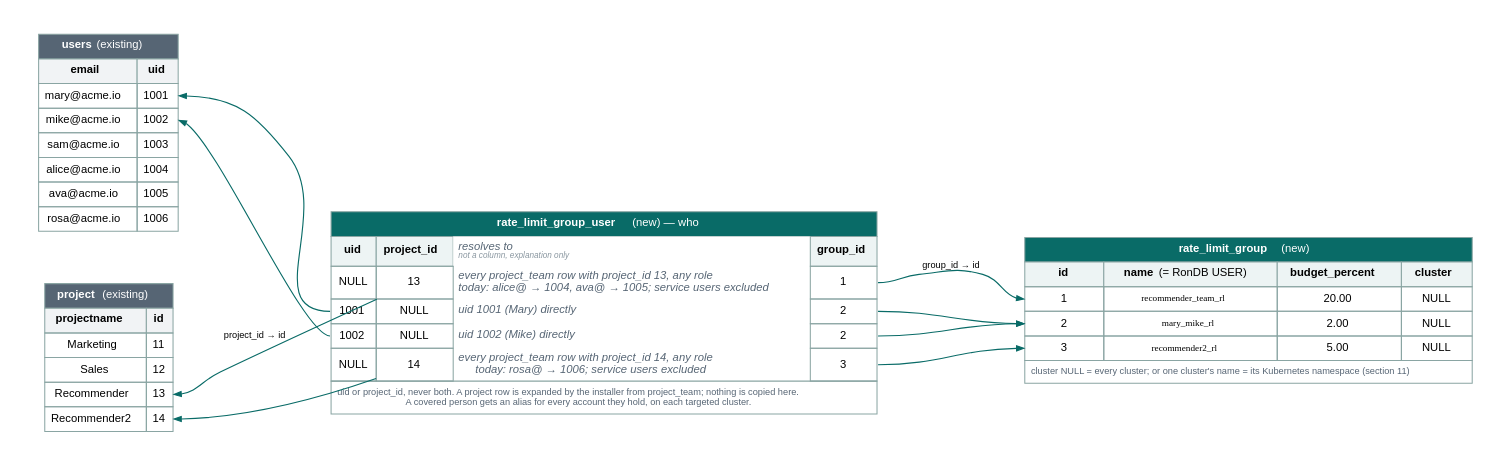
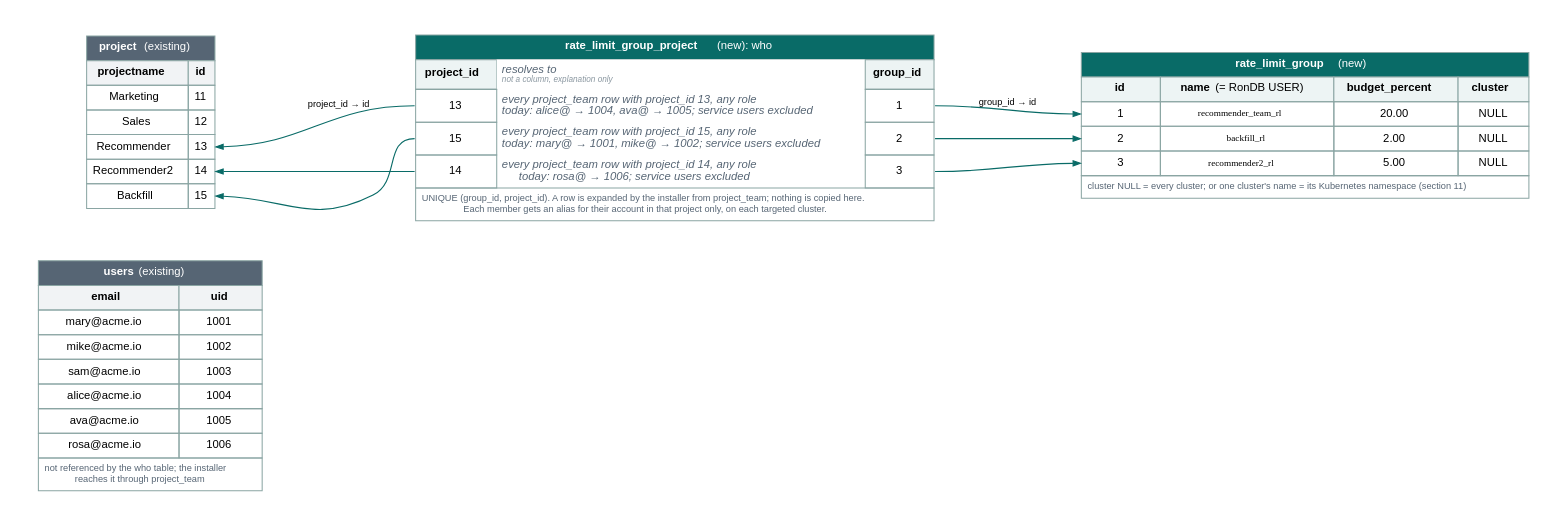
Before and after one commit to logicalclocks/rondb: the diagram in storage/ndb/rest-server2/server/docs/rate-limit-groups/img/v2/new-tables.dot, drawn with Graphviz. The commit also changed 32 other files, not shown here.

```diff
--- a/storage/ndb/rest-server2/server/docs/rate-limit-groups/img/v2/new-tables.dot
+++ b/storage/ndb/rest-server2/server/docs/rate-limit-groups/img/v2/new-tables.dot
@@ -1,60 +1,59 @@
 digraph newtables {
   rankdir=LR;
   graph [fontname="Helvetica", fontsize=11, pad=0.3, nodesep=0.6, ranksep=0.9, bgcolor="white"];
   node  [shape=plaintext, fontname="Helvetica", fontsize=11];
   edge  [fontname="Helvetica", fontsize=9, color="#096b67", arrowsize=0.7, penwidth=1.1];
 
   users [label=<
 <TABLE BORDER="0" CELLBORDER="1" CELLSPACING="0" CELLPADDING="5" COLOR="#8aa5a3">
  <TR><TD COLSPAN="2" BGCOLOR="#566574"><FONT COLOR="white"><B>users</B> (existing)</FONT></TD></TR>
  <TR><TD BGCOLOR="#f1f3f5"><B>email</B></TD><TD BGCOLOR="#f1f3f5"><B>uid</B></TD></TR>
- <TR><TD>mary@acme.io</TD><TD PORT="u1001">1001</TD></TR>
- <TR><TD>mike@acme.io</TD><TD PORT="u1002">1002</TD></TR>
+ <TR><TD>mary@acme.io</TD><TD>1001</TD></TR>
+ <TR><TD>mike@acme.io</TD><TD>1002</TD></TR>
  <TR><TD>sam@acme.io</TD><TD>1003</TD></TR>
  <TR><TD>alice@acme.io</TD><TD>1004</TD></TR>
  <TR><TD>ava@acme.io</TD><TD>1005</TD></TR>
  <TR><TD>rosa@acme.io</TD><TD>1006</TD></TR>
+ <TR><TD COLSPAN="2" ALIGN="LEFT"><FONT POINT-SIZE="9" COLOR="#566574">not referenced by the who table; the installer<BR ALIGN="LEFT"/>reaches it through project_team</FONT></TD></TR>
 </TABLE>>];
 
   project [label=<
 <TABLE BORDER="0" CELLBORDER="1" CELLSPACING="0" CELLPADDING="5" COLOR="#8aa5a3">
  <TR><TD COLSPAN="2" BGCOLOR="#566574"><FONT COLOR="white"><B>project</B> (existing)</FONT></TD></TR>
  <TR><TD BGCOLOR="#f1f3f5"><B>projectname</B></TD><TD BGCOLOR="#f1f3f5"><B>id</B></TD></TR>
  <TR><TD>Marketing</TD><TD>11</TD></TR>
  <TR><TD>Sales</TD><TD>12</TD></TR>
  <TR><TD>Recommender</TD><TD PORT="p13">13</TD></TR>
  <TR><TD>Recommender2</TD><TD PORT="p14">14</TD></TR>
+ <TR><TD>Backfill</TD><TD PORT="p15">15</TD></TR>
 </TABLE>>];
 
   bucket_user [label=<
 <TABLE BORDER="0" CELLBORDER="1" CELLSPACING="0" CELLPADDING="5" COLOR="#8aa5a3">
- <TR><TD COLSPAN="4" BGCOLOR="#096b67"><FONT COLOR="white"><B>rate_limit_group_user</B> (new) — who</FONT></TD></TR>
- <TR><TD BGCOLOR="#edf4f4"><B>uid</B></TD><TD BGCOLOR="#edf4f4"><B>project_id</B></TD><TD BORDER="0" BGCOLOR="white" ALIGN="LEFT"><FONT COLOR="#566574"><I>resolves to</I></FONT><BR ALIGN="LEFT"/><FONT POINT-SIZE="8" COLOR="#8a97a0"><I>not a column, explanation only</I></FONT></TD><TD BGCOLOR="#edf4f4"><B>group_id</B></TD></TR>
- <TR><TD>NULL</TD><TD PORT="bp13">13</TD><TD BORDER="0" ALIGN="LEFT"><FONT COLOR="#566574"><I>every project_team row with project_id 13, any role<BR ALIGN="LEFT"/>today: alice@ → 1004, ava@ → 1005; service users excluded</I></FONT></TD><TD PORT="b1">1</TD></TR>
- <TR><TD PORT="bu1001">1001</TD><TD>NULL</TD><TD BORDER="0" ALIGN="LEFT"><FONT COLOR="#566574"><I>uid 1001 (Mary) directly</I></FONT></TD><TD PORT="b2a">2</TD></TR>
- <TR><TD PORT="bu1002">1002</TD><TD>NULL</TD><TD BORDER="0" ALIGN="LEFT"><FONT COLOR="#566574"><I>uid 1002 (Mike) directly</I></FONT></TD><TD PORT="b2b">2</TD></TR>
- <TR><TD>NULL</TD><TD PORT="bp14">14</TD><TD BORDER="0" ALIGN="LEFT"><FONT COLOR="#566574"><I>every project_team row with project_id 14, any role<BR ALIGN="LEFT"/>today: rosa@ → 1006; service users excluded</I></FONT></TD><TD PORT="b3">3</TD></TR>
- <TR><TD COLSPAN="4" ALIGN="LEFT"><FONT POINT-SIZE="9" COLOR="#566574">uid or project_id, never both. A project row is expanded by the installer from project_team; nothing is copied here.<BR ALIGN="LEFT"/>A covered person gets an alias for every account they hold, on each targeted cluster.</FONT></TD></TR>
+ <TR><TD COLSPAN="3" BGCOLOR="#096b67"><FONT COLOR="white"><B>rate_limit_group_project</B> (new): who</FONT></TD></TR>
+ <TR><TD BGCOLOR="#edf4f4"><B>project_id</B></TD><TD BORDER="0" BGCOLOR="white" ALIGN="LEFT"><FONT COLOR="#566574"><I>resolves to</I></FONT><BR ALIGN="LEFT"/><FONT POINT-SIZE="8" COLOR="#8a97a0"><I>not a column, explanation only</I></FONT></TD><TD BGCOLOR="#edf4f4"><B>group_id</B></TD></TR>
+ <TR><TD PORT="bp13">13</TD><TD BORDER="0" ALIGN="LEFT"><FONT COLOR="#566574"><I>every project_team row with project_id 13, any role<BR ALIGN="LEFT"/>today: alice@ → 1004, ava@ → 1005; service users excluded</I></FONT></TD><TD PORT="b1">1</TD></TR>
+ <TR><TD PORT="bp15">15</TD><TD BORDER="0" ALIGN="LEFT"><FONT COLOR="#566574"><I>every project_team row with project_id 15, any role<BR ALIGN="LEFT"/>today: mary@ → 1001, mike@ → 1002; service users excluded</I></FONT></TD><TD PORT="b2">2</TD></TR>
+ <TR><TD PORT="bp14">14</TD><TD BORDER="0" ALIGN="LEFT"><FONT COLOR="#566574"><I>every project_team row with project_id 14, any role<BR ALIGN="LEFT"/>today: rosa@ → 1006; service users excluded</I></FONT></TD><TD PORT="b3">3</TD></TR>
+ <TR><TD COLSPAN="3" ALIGN="LEFT"><FONT POINT-SIZE="9" COLOR="#566574">UNIQUE (group_id, project_id). A row is expanded by the installer from project_team; nothing is copied here.<BR ALIGN="LEFT"/>Each member gets an alias for their account in that project only, on each targeted cluster.</FONT></TD></TR>
 </TABLE>>];
 
   group [label=<
 <TABLE BORDER="0" CELLBORDER="1" CELLSPACING="0" CELLPADDING="5" COLOR="#8aa5a3">
  <TR><TD COLSPAN="4" BGCOLOR="#096b67"><FONT COLOR="white"><B>rate_limit_group</B> (new)</FONT></TD></TR>
  <TR><TD BGCOLOR="#edf4f4"><B>id</B></TD><TD BGCOLOR="#edf4f4"><B>name</B> (= RonDB USER)</TD><TD BGCOLOR="#edf4f4"><B>budget_percent</B></TD><TD BGCOLOR="#edf4f4"><B>cluster</B></TD></TR>
  <TR><TD PORT="id1">1</TD><TD><FONT FACE="Menlo" POINT-SIZE="9">recommender_team_rl</FONT></TD><TD>20.00</TD><TD>NULL</TD></TR>
- <TR><TD PORT="id2">2</TD><TD><FONT FACE="Menlo" POINT-SIZE="9">mary_mike_rl</FONT></TD><TD>2.00</TD><TD>NULL</TD></TR>
+ <TR><TD PORT="id2">2</TD><TD><FONT FACE="Menlo" POINT-SIZE="9">backfill_rl</FONT></TD><TD>2.00</TD><TD>NULL</TD></TR>
  <TR><TD PORT="id3">3</TD><TD><FONT FACE="Menlo" POINT-SIZE="9">recommender2_rl</FONT></TD><TD>5.00</TD><TD>NULL</TD></TR>
  <TR><TD COLSPAN="4" ALIGN="LEFT"><FONT POINT-SIZE="9" COLOR="#566574">cluster NULL = every cluster; or one cluster's name = its Kubernetes namespace (section 11)</FONT></TD></TR>
 </TABLE>>];
 
-  users:u1001:e   -> bucket_user:bu1001 [dir=back];
-  users:u1002:e   -> bucket_user:bu1002 [dir=back];
   project:p13:e   -> bucket_user:bp13   [dir=back, label="project_id → id"];
+  project:p15:e   -> bucket_user:bp15   [dir=back];
   project:p14:e   -> bucket_user:bp14   [dir=back];
   bucket_user:b1:e  -> group:id1:w [label="group_id → id"];
-  bucket_user:b2a:e -> group:id2:w;
-  bucket_user:b2b:e -> group:id2:w;
+  bucket_user:b2:e  -> group:id2:w;
   bucket_user:b3:e  -> group:id3:w;
 
   { rank=same; users; project; }
 }
```
